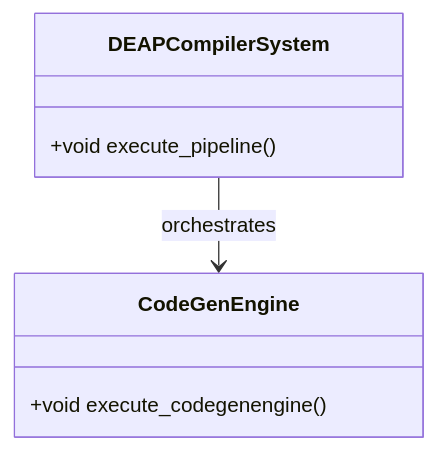
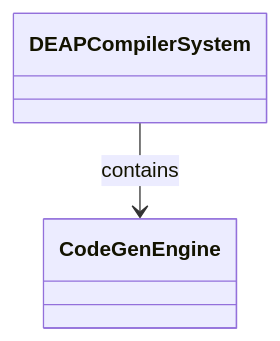
One commit to gintatkinson/dumpiler-01 changed the diagram in docs/features/FEAT-51-CodeGenEngine.md. Above: the diagram before and after it, drawn with Mermaid. The commit also changed other lines of this file and 101 other files, not shown here.

````diff
--- a/docs/features/FEAT-51-CodeGenEngine.md
+++ b/docs/features/FEAT-51-CodeGenEngine.md
@@ -25,10 +29,6 @@
 ```mermaid
 classDiagram
-    class DEAPCompilerSystem {
-        +void execute_pipeline()
-    }
-    class CodeGenEngine {
-        +void execute_codegenengine()
-    }
-    DEAPCompilerSystem --> CodeGenEngine : orchestrates
+    class DEAPCompilerSystem
+    class CodeGenEngine
+    DEAPCompilerSystem --> CodeGenEngine : contains
 ```
````
